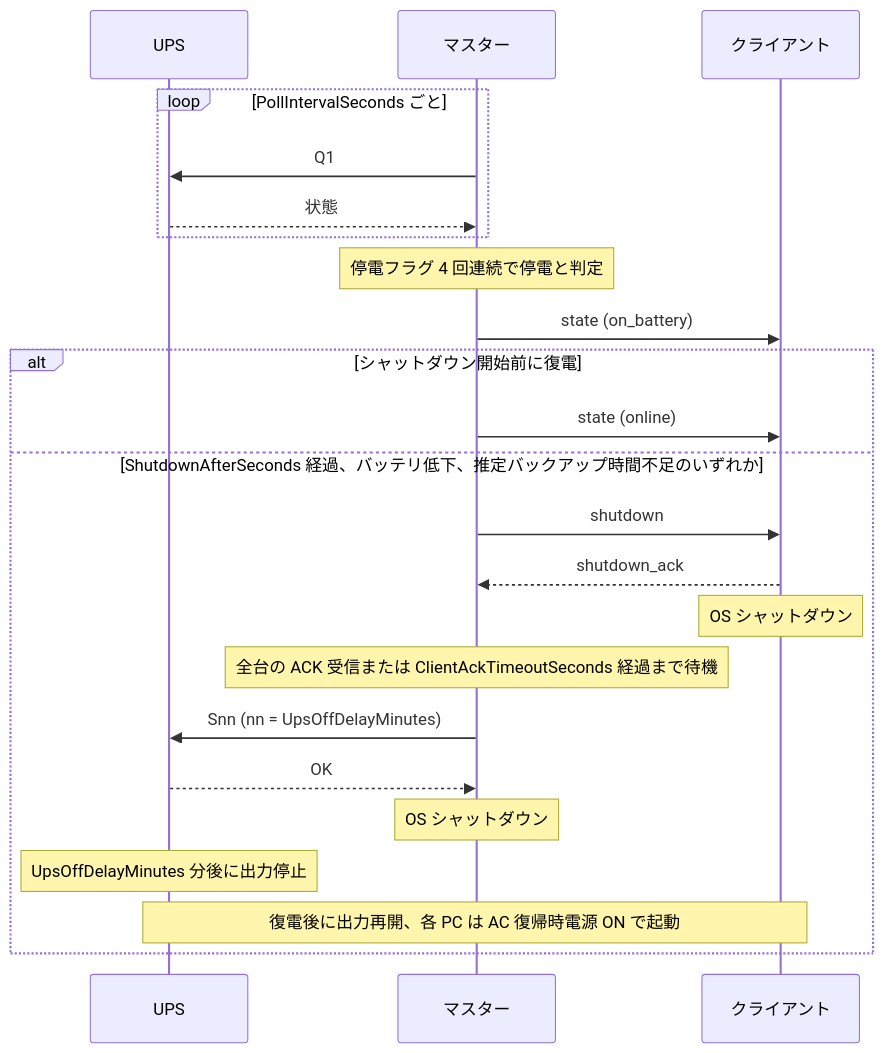
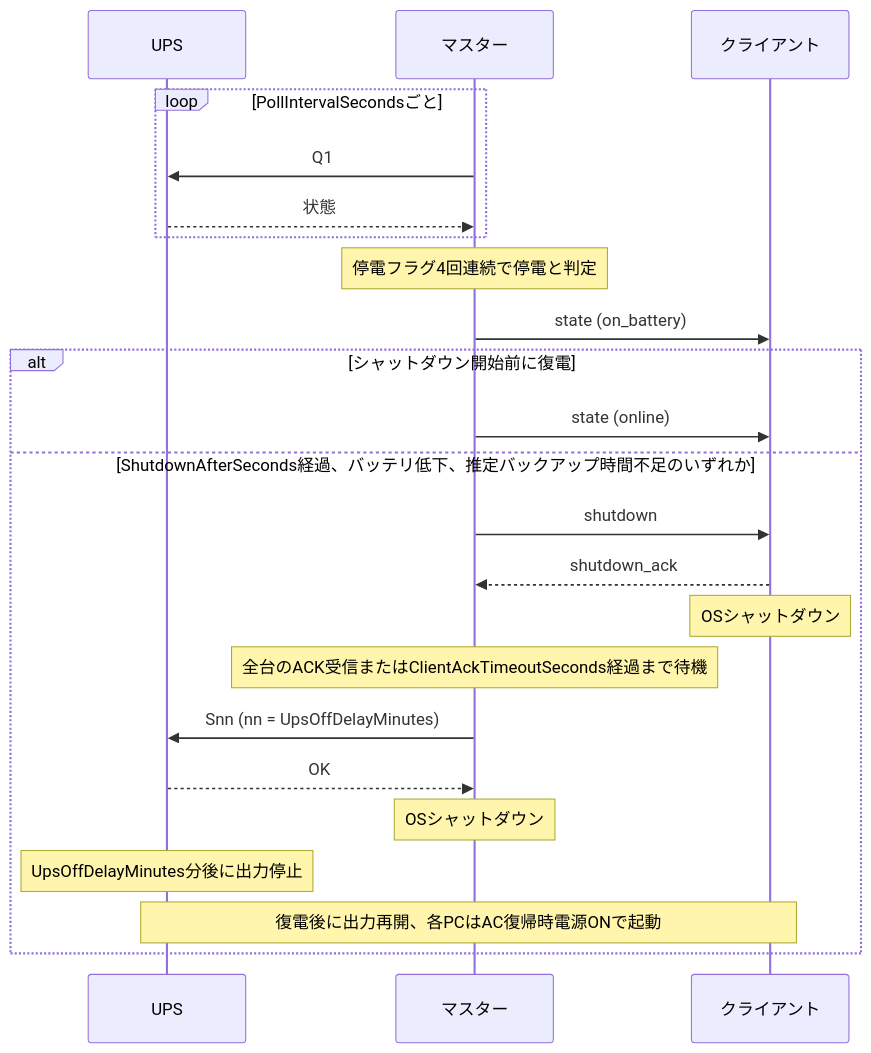
One commit to njm2360/omronupsd changed the diagram in README.md. Above: the diagram before and after it, drawn with Mermaid. The commit also changed other lines of this file and 19 other files, not shown here.

````diff
--- a/README.md
+++ b/README.md
@@ -27,26 +27,26 @@
 ```mermaid
 sequenceDiagram
     participant UPS
     participant M as マスター
     participant C as クライアント
 
-    loop PollIntervalSeconds ごと
+    loop PollIntervalSecondsごと
         M->>UPS: Q1
         UPS-->>M: 状態
     end
-    Note over M: 停電フラグ 4 回連続で停電と判定
+    Note over M: 停電フラグ4回連続で停電と判定
     M->>C: state (on_battery)
     alt シャットダウン開始前に復電
         M->>C: state (online)
-    else ShutdownAfterSeconds 経過、バッテリ低下、推定バックアップ時間不足のいずれか
+    else ShutdownAfterSeconds経過、バッテリ低下、推定バックアップ時間不足のいずれか
         M->>C: shutdown
         C-->>M: shutdown_ack
-        Note over C: OS シャットダウン
-        Note over M: 全台の ACK 受信または ClientAckTimeoutSeconds 経過まで待機
+        Note over C: OSシャットダウン
+        Note over M: 全台のACK受信またはClientAckTimeoutSeconds経過まで待機
         M->>UPS: Snn (nn = UpsOffDelayMinutes)
         UPS-->>M: OK
-        Note over M: OS シャットダウン
-        Note over UPS: UpsOffDelayMinutes 分後に出力停止
-        Note over UPS,C: 復電後に出力再開、各 PC は AC 復帰時電源 ON で起動
+        Note over M: OSシャットダウン
+        Note over UPS: UpsOffDelayMinutes分後に出力停止
+        Note over UPS,C: 復電後に出力再開、各PCはAC復帰時電源ONで起動
     end
 ```
````
